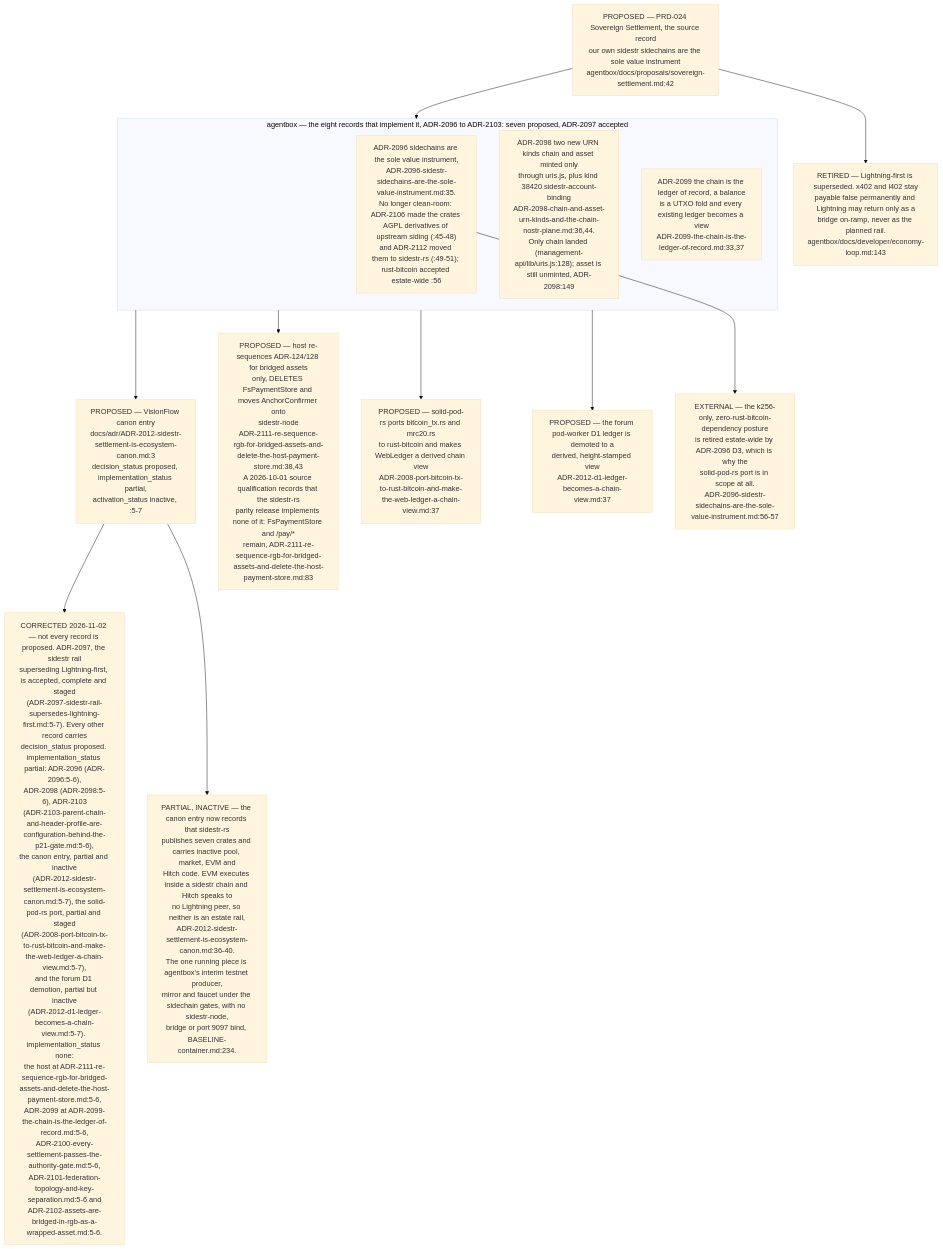
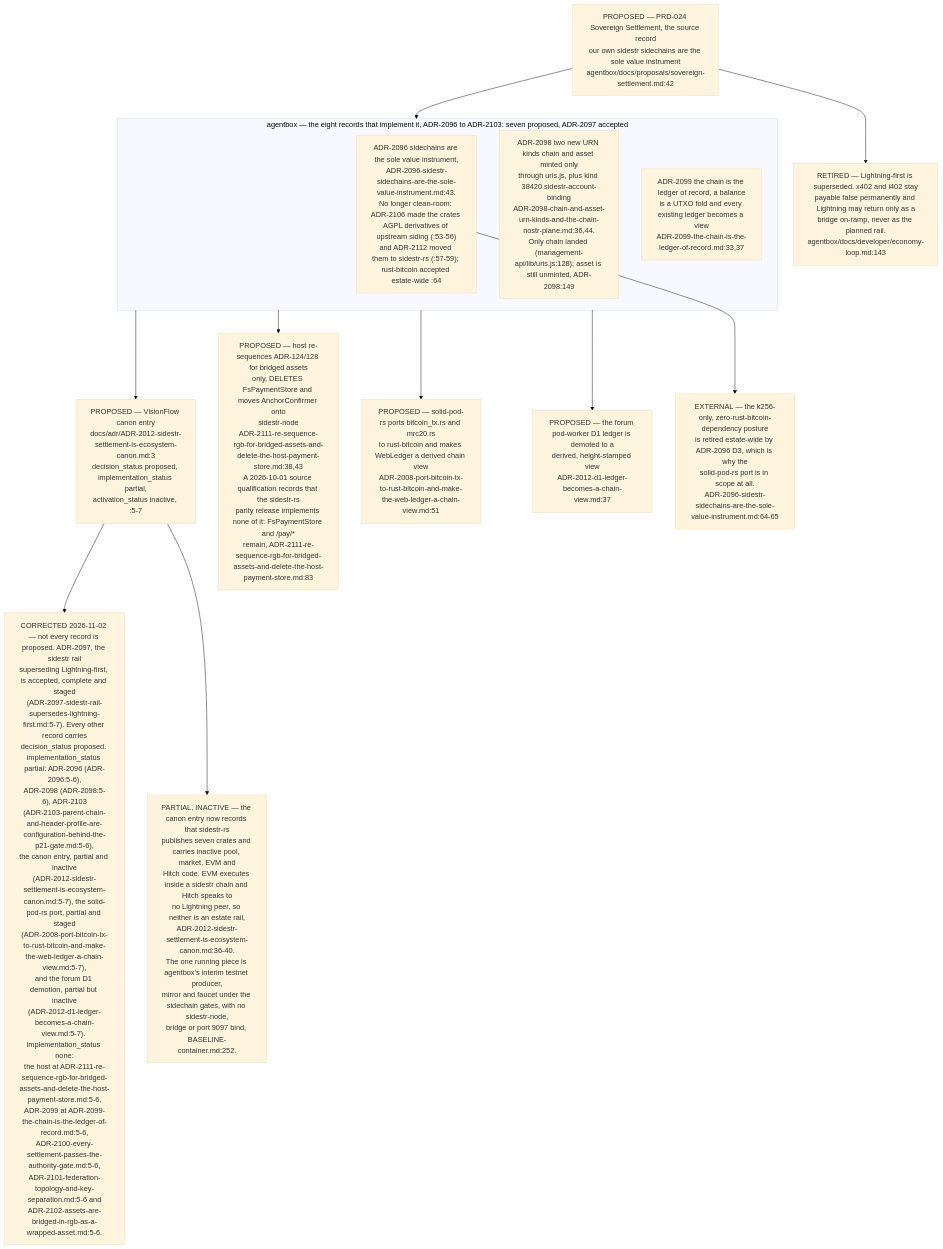
Diagram 11 of 12 in docs/diagrams/estate/03-cross-repo-federation-contract.md (DreamLab-AI/VisionFlow), drawn with Mermaid (base theme) before and after one commit. The commit also changed other lines of this file and 154 other files, not shown here.

First line of the commit message:
docs(diagrams): re-stamp 154 topics whose every citation still reads the same text at the current heads

````diff
--- a/docs/diagrams/estate/03-cross-repo-federation-contract.md
+++ b/docs/diagrams/estate/03-cross-repo-federation-contract.md
@@ -478,32 +478,32 @@
 ```mermaid
 flowchart TB
     PRD["PROPOSED — PRD-024 Sovereign Settlement, the source record<br/>our own sidestr sidechains are the sole value instrument<br/>agentbox/docs/proposals/sovereign-settlement.md:42"]
 
     subgraph AB["agentbox — the eight records that implement it, ADR-2096 to ADR-2103: seven proposed, ADR-2097 accepted"]
-        A96["ADR-2096 sidechains are the sole value instrument,<br/>ADR-2096-sidestr-sidechains-are-the-sole-value-instrument.md:35.<br/>No longer clean-room: ADR-2106 made the crates AGPL derivatives of upstream siding (:45-48)<br/>and ADR-2112 moved them to sidestr-rs (:49-51); rust-bitcoin accepted estate-wide :56"]
+        A96["ADR-2096 sidechains are the sole value instrument,<br/>ADR-2096-sidestr-sidechains-are-the-sole-value-instrument.md:43.<br/>No longer clean-room: ADR-2106 made the crates AGPL derivatives of upstream siding (:53-56)<br/>and ADR-2112 moved them to sidestr-rs (:57-59); rust-bitcoin accepted estate-wide :64"]
         A98["ADR-2098 two new URN kinds chain and asset minted only<br/>through uris.js, plus kind 38420 sidestr-account-binding<br/>ADR-2098-chain-and-asset-urn-kinds-and-the-chain-nostr-plane.md:36,44.<br/>Only chain landed (management-api/lib/uris.js:128); asset is still unminted, ADR-2098:149"]
         A99["ADR-2099 the chain is the ledger of record, a balance<br/>is a UTXO fold and every existing ledger becomes a view<br/>ADR-2099-the-chain-is-the-ledger-of-record.md:33,37"]
     end
     PRD --> AB
 
     CANON["PROPOSED — VisionFlow canon entry<br/>docs/adr/ADR-2012-sidestr-settlement-is-ecosystem-canon.md:3<br/>decision_status proposed, implementation_status partial,<br/>activation_status inactive, :5-7"]
     HOST["PROPOSED — host re-sequences ADR-124/128 for bridged assets<br/>only, DELETES FsPaymentStore and moves AnchorConfirmer onto<br/>sidestr-node<br/>ADR-2111-re-sequence-rgb-for-bridged-assets-and-delete-the-host-payment-store.md:38,43<br/>A 2026-10-01 source qualification records that the sidestr-rs<br/>parity release implements none of it: FsPaymentStore and /pay/*<br/>remain, ADR-2111-re-sequence-rgb-for-bridged-assets-and-delete-the-host-payment-store.md:83"]
-    SPR["PROPOSED — solid-pod-rs ports bitcoin_tx.rs and mrc20.rs<br/>to rust-bitcoin and makes WebLedger a derived chain view<br/>ADR-2008-port-bitcoin-tx-to-rust-bitcoin-and-make-the-web-ledger-a-chain-view.md:37"]
+    SPR["PROPOSED — solid-pod-rs ports bitcoin_tx.rs and mrc20.rs<br/>to rust-bitcoin and makes WebLedger a derived chain view<br/>ADR-2008-port-bitcoin-tx-to-rust-bitcoin-and-make-the-web-ledger-a-chain-view.md:51"]
     FRM["PROPOSED — the forum pod-worker D1 ledger is demoted to a<br/>derived, height-stamped view<br/>ADR-2012-d1-ledger-becomes-a-chain-view.md:37"]
 
     AB --> CANON
     AB --> HOST
     AB --> SPR
     AB --> FRM
 
     INV["CORRECTED 2026-11-02 — not every record is proposed. ADR-2097, the sidestr rail<br/>superseding Lightning-first, is accepted, complete and staged<br/>(ADR-2097-sidestr-rail-supersedes-lightning-first.md:5-7). Every other record carries<br/>decision_status proposed. implementation_status partial: ADR-2096 (ADR-2096:5-6),<br/>ADR-2098 (ADR-2098:5-6), ADR-2103<br/>(ADR-2103-parent-chain-and-header-profile-are-configuration-behind-the-p21-gate.md:5-6),<br/>the canon entry, partial and inactive<br/>(ADR-2012-sidestr-settlement-is-ecosystem-canon.md:5-7), the solid-pod-rs port, partial and staged<br/>(ADR-2008-port-bitcoin-tx-to-rust-bitcoin-and-make-the-web-ledger-a-chain-view.md:5-7),<br/>and the forum D1 demotion, partial but inactive<br/>(ADR-2012-d1-ledger-becomes-a-chain-view.md:5-7). implementation_status none:<br/>the host at ADR-2111-re-sequence-rgb-for-bridged-assets-and-delete-the-host-payment-store.md:5-6,<br/>ADR-2099 at ADR-2099-the-chain-is-the-ledger-of-record.md:5-6,<br/>ADR-2100-every-settlement-passes-the-authority-gate.md:5-6,<br/>ADR-2101-federation-topology-and-key-separation.md:5-6 and<br/>ADR-2102-assets-are-bridged-in-rgb-as-a-wrapped-asset.md:5-6."]
     CANON --> INV
-    SRCST["PARTIAL, INACTIVE — the canon entry now records that sidestr-rs<br/>publishes seven crates and carries inactive pool, market, EVM and<br/>Hitch code. EVM executes inside a sidestr chain and Hitch speaks to<br/>no Lightning peer, so neither is an estate rail,<br/>ADR-2012-sidestr-settlement-is-ecosystem-canon.md:36-40.<br/>The one running piece is agentbox's interim testnet producer,<br/>mirror and faucet under the sidechain gates, with no sidestr-node,<br/>bridge or port 9097 bind, BASELINE-container.md:234."]
+    SRCST["PARTIAL, INACTIVE — the canon entry now records that sidestr-rs<br/>publishes seven crates and carries inactive pool, market, EVM and<br/>Hitch code. EVM executes inside a sidestr chain and Hitch speaks to<br/>no Lightning peer, so neither is an estate rail,<br/>ADR-2012-sidestr-settlement-is-ecosystem-canon.md:36-40.<br/>The one running piece is agentbox's interim testnet producer,<br/>mirror and faucet under the sidechain gates, with no sidestr-node,<br/>bridge or port 9097 bind, BASELINE-container.md:252."]
     CANON --> SRCST
 
     RET["RETIRED — Lightning-first is superseded. x402 and l402 stay<br/>payable false permanently and Lightning may return only as a<br/>bridge on-ramp, never as the planned rail.<br/>agentbox/docs/developer/economy-loop.md:143"]
     PRD --> RET
 
-    KILL["EXTERNAL — the k256-only, zero-rust-bitcoin-dependency posture<br/>is retired estate-wide by ADR-2096 D3, which is why the<br/>solid-pod-rs port is in scope at all.<br/>ADR-2096-sidestr-sidechains-are-the-sole-value-instrument.md:56-57"]
+    KILL["EXTERNAL — the k256-only, zero-rust-bitcoin-dependency posture<br/>is retired estate-wide by ADR-2096 D3, which is why the<br/>solid-pod-rs port is in scope at all.<br/>ADR-2096-sidestr-sidechains-are-the-sole-value-instrument.md:64-65"]
     A96 --> KILL
 ```
````
